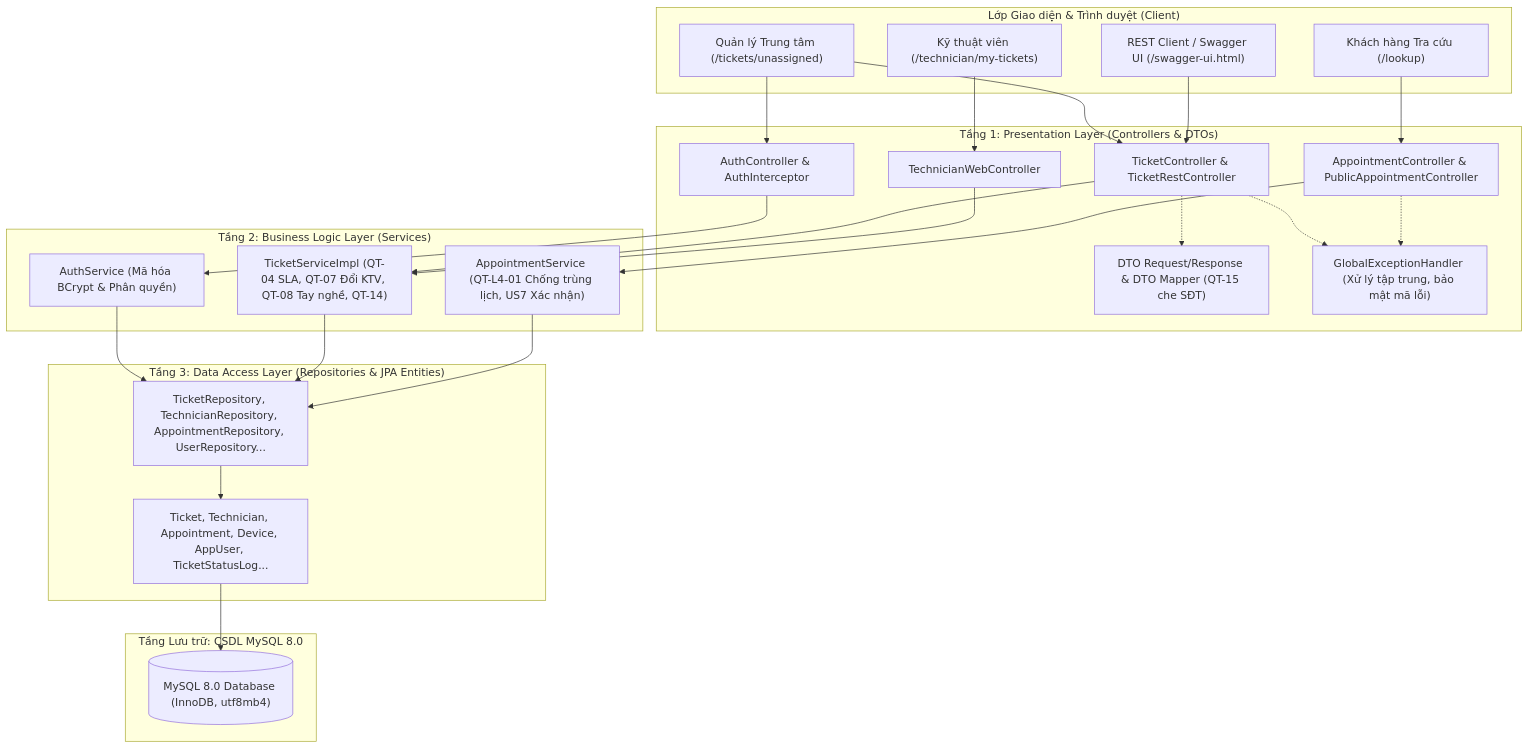
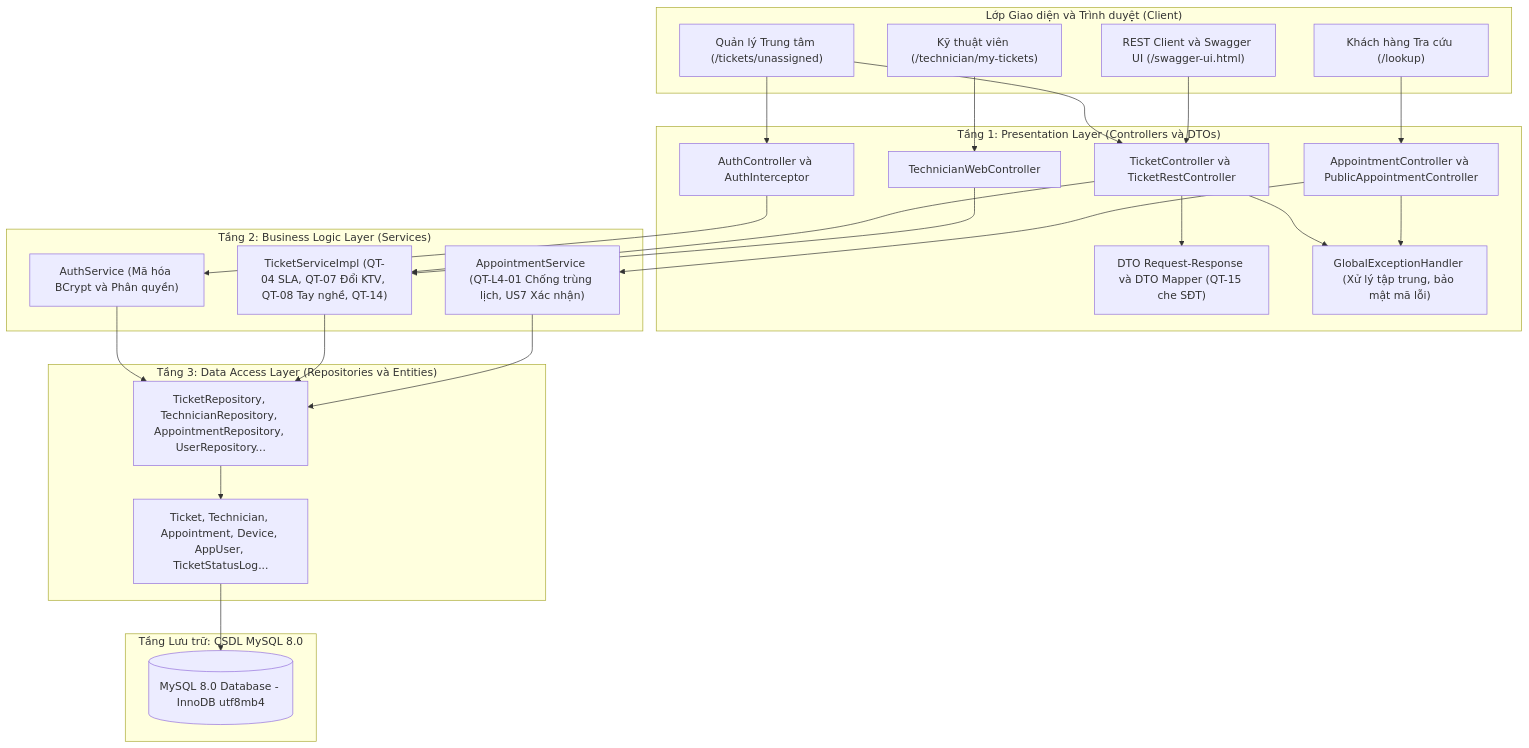
The diagram in README.md (Bui-DangKhoa/CDTN1_BuiDangKhoa_L4), drawn with Mermaid before and after one commit.

Commit message:
docs(readme): sua loi cu phap mermaid diagram trong phan 2 kien truc 3 lop

````diff
--- a/README.md
+++ b/README.md
@@ -27,55 +27,55 @@
 ```mermaid
 graph TD
-    subgraph Client["Lớp Giao diện & Trình duyệt (Client)"]
+    subgraph Client ["Lớp Giao diện và Trình duyệt (Client)"]
         UI_Manager["Quản lý Trung tâm (/tickets/unassigned)"]
         UI_Tech["Kỹ thuật viên (/technician/my-tickets)"]
         UI_Public["Khách hàng Tra cứu (/lookup)"]
-        REST_Client["REST Client / Swagger UI (/swagger-ui.html)"]
+        REST_Client["REST Client và Swagger UI (/swagger-ui.html)"]
     end
 
-    subgraph Presentation["Tầng 1: Presentation Layer (Controllers & DTOs)"]
-        AuthCtrl["AuthController & AuthInterceptor"]
-        TicketCtrl["TicketController & TicketRestController"]
-        ApptCtrl["AppointmentController & PublicAppointmentController"]
+    subgraph Presentation ["Tầng 1: Presentation Layer (Controllers và DTOs)"]
+        AuthCtrl["AuthController và AuthInterceptor"]
+        TicketCtrl["TicketController và TicketRestController"]
+        ApptCtrl["AppointmentController và PublicAppointmentController"]
         TechCtrl["TechnicianWebController"]
-        DTO["DTO Request/Response & DTO Mapper (QT-15 che SĐT)"]
+        DTO["DTO Request-Response và DTO Mapper (QT-15 che SĐT)"]
         ExceptionHandler["GlobalExceptionHandler (Xử lý tập trung, bảo mật mã lỗi)"]
     end
 
-    subgraph Business["Tầng 2: Business Logic Layer (Services)"]
-        AuthSvc["AuthService (Mã hóa BCrypt & Phân quyền)"]
+    subgraph Business ["Tầng 2: Business Logic Layer (Services)"]
+        AuthSvc["AuthService (Mã hóa BCrypt và Phân quyền)"]
         TicketSvc["TicketServiceImpl (QT-04 SLA, QT-07 Đổi KTV, QT-08 Tay nghề, QT-14)"]
         ApptSvc["AppointmentService (QT-L4-01 Chống trùng lịch, US7 Xác nhận)"]
     end
 
-    subgraph DataAccess["Tầng 3: Data Access Layer (Repositories & JPA Entities)"]
+    subgraph DataAccess ["Tầng 3: Data Access Layer (Repositories và Entities)"]
         Repos["TicketRepository, TechnicianRepository, AppointmentRepository, UserRepository..."]
         Entities["Ticket, Technician, Appointment, Device, AppUser, TicketStatusLog..."]
     end
 
-    subgraph Database["Tầng Lưu trữ: CSDL MySQL 8.0"]
-        MySQL[("MySQL 8.0 Database (InnoDB, utf8mb4)")]
+    subgraph Database ["Tầng Lưu trữ: CSDL MySQL 8.0"]
+        MySQL[("MySQL 8.0 Database - InnoDB utf8mb4")]
     end
 
     UI_Manager --> AuthCtrl
     UI_Manager --> TicketCtrl
     UI_Tech --> TechCtrl
     UI_Public --> ApptCtrl
     REST_Client --> TicketCtrl
 
     AuthCtrl --> AuthSvc
     TicketCtrl --> TicketSvc
     TechCtrl --> TicketSvc
     ApptCtrl --> ApptSvc
 
-    TicketCtrl -.-> ExceptionHandler
-    ApptCtrl -.-> ExceptionHandler
-    TicketCtrl -.-> DTO
+    TicketCtrl --> ExceptionHandler
+    ApptCtrl --> ExceptionHandler
+    TicketCtrl --> DTO
 
     AuthSvc --> Repos
     TicketSvc --> Repos
     ApptSvc --> Repos
 
     Repos --> Entities
     Entities --> MySQL
 ```
````
